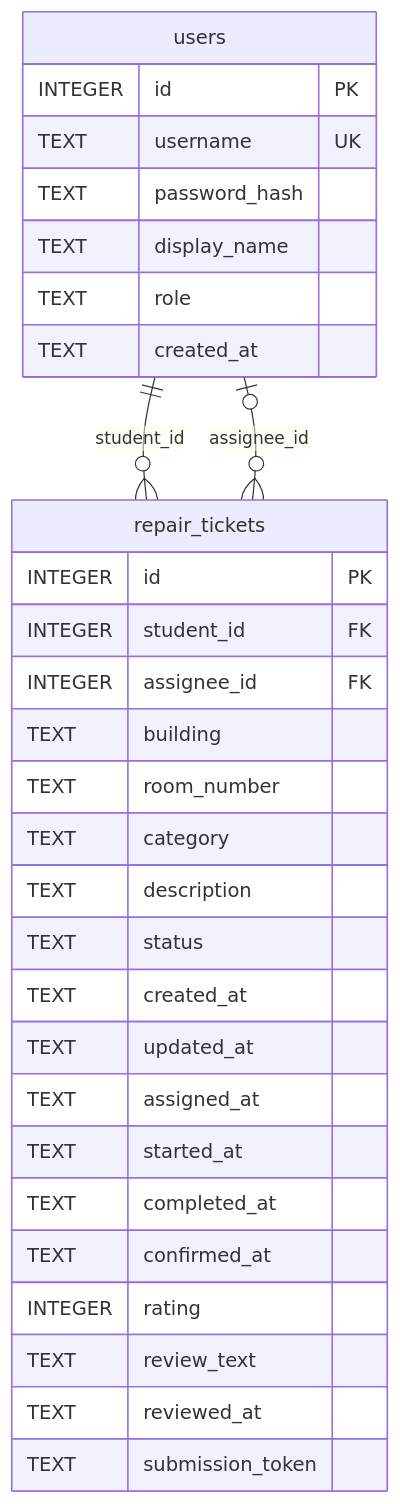
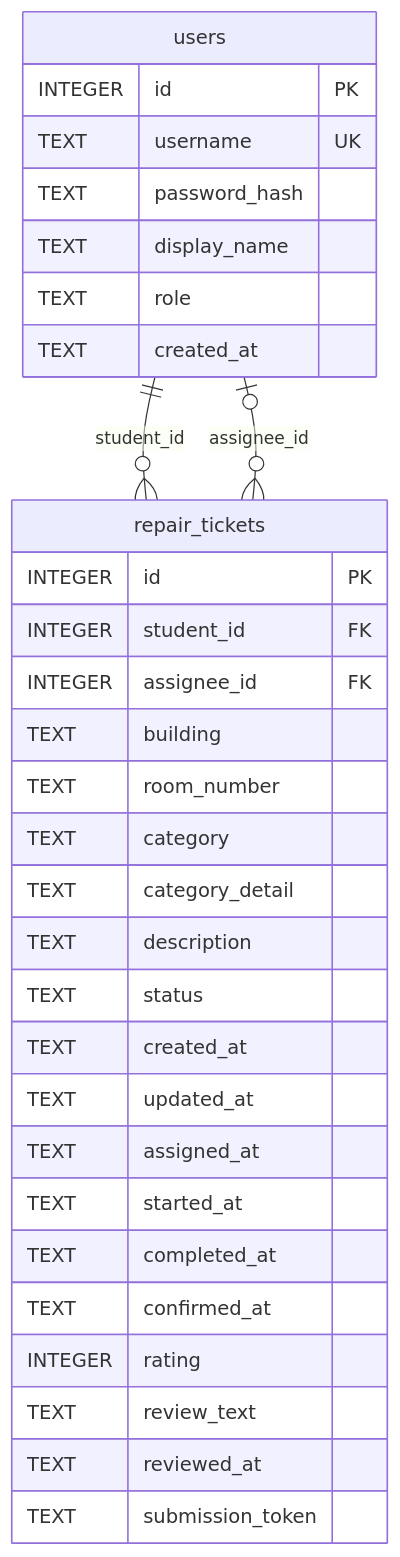
The second of 3 diagrams in DESIGN.md (SSkanger/dorm-repair-management-system), drawn with Mermaid before and after one commit. The commit also changed other lines of this file and 99 other files, not shown here.

````diff
--- a/DESIGN.md
+++ b/DESIGN.md
@@ -47,33 +47,34 @@
 ```mermaid
 erDiagram
     users ||--o{ repair_tickets : student_id
     users o|--o{ repair_tickets : assignee_id
     users {
         INTEGER id PK
         TEXT username UK
         TEXT password_hash
         TEXT display_name
         TEXT role
         TEXT created_at
     }
     repair_tickets {
         INTEGER id PK
         INTEGER student_id FK
         INTEGER assignee_id FK
         TEXT building
         TEXT room_number
         TEXT category
+        TEXT category_detail
         TEXT description
         TEXT status
         TEXT created_at
         TEXT updated_at
         TEXT assigned_at
         TEXT started_at
         TEXT completed_at
         TEXT confirmed_at
         INTEGER rating
         TEXT review_text
         TEXT reviewed_at
         TEXT submission_token
     }
 ```
````
